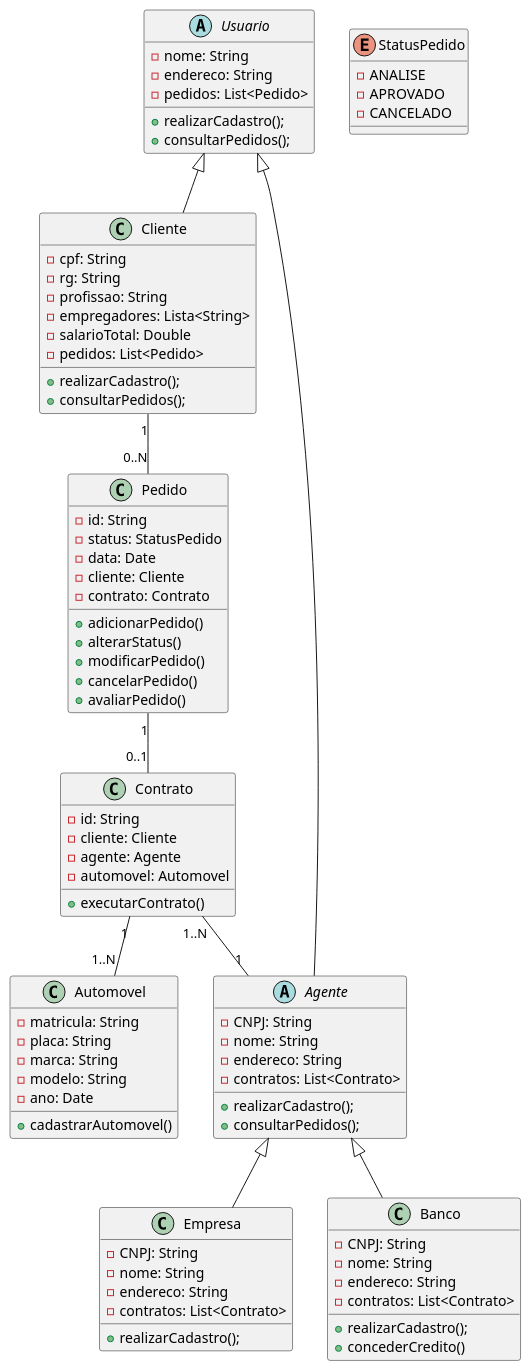
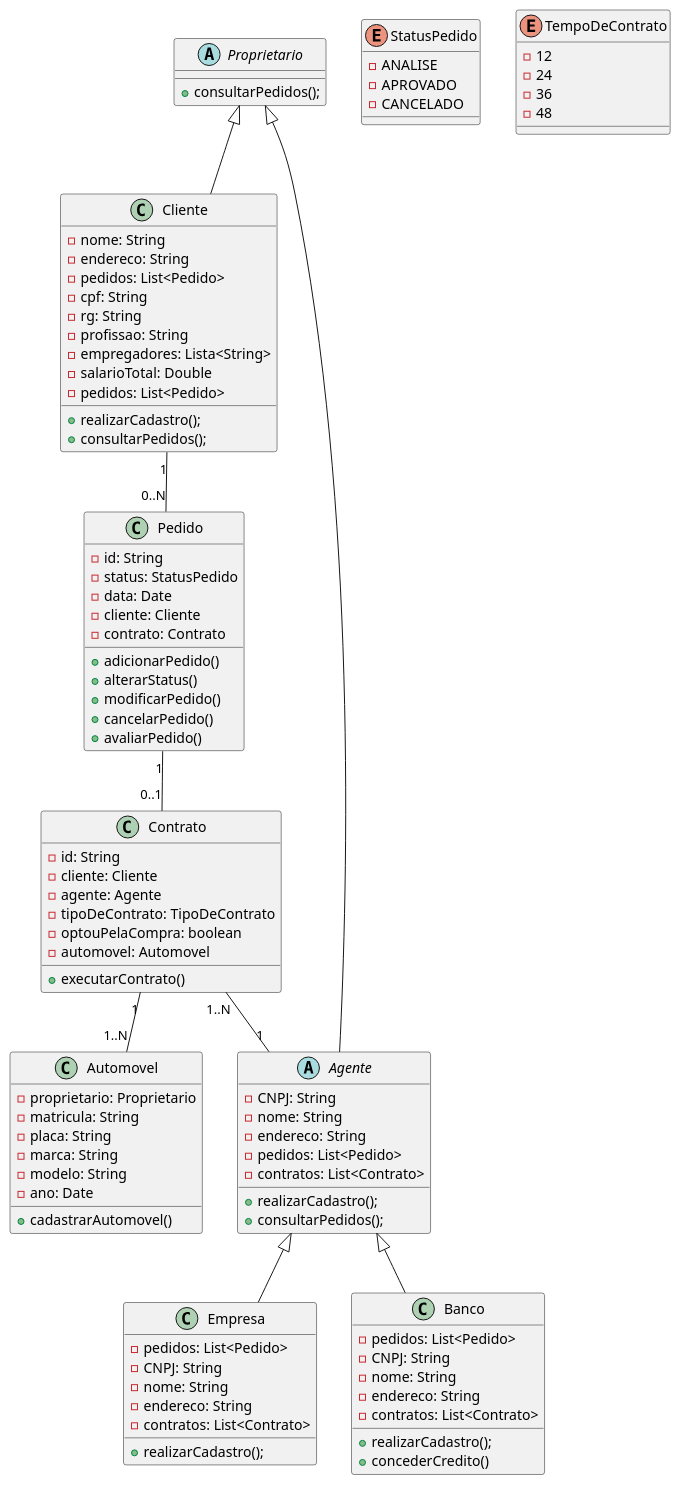
The diagram in project/code/classDiagram.puml (oarthurfc/LDS-2), drawn with PlantUML before and after one commit.

```diff
--- a/project/code/classDiagram.puml
+++ b/project/code/classDiagram.puml
@@ -1,101 +1,114 @@
 @startuml
-abstract Class Usuario {
+abstract Class Proprietario {
+  
+
+    +consultarPedidos();
+}
+
+Class Cliente extends Proprietario
+{   
     -nome: String
     -endereco: String
     -pedidos: List<Pedido>
-  
-    +realizarCadastro();
-    +consultarPedidos();
-}
-
-Class Cliente extends Usuario
-{
     -cpf: String
     -rg: String
     -profissao: String
     -empregadores: Lista<String>
     -salarioTotal: Double
     -pedidos: List<Pedido>
 
     +realizarCadastro();
     +consultarPedidos();
 }
 
-abstract Class Agente extends Usuario
+abstract Class Agente extends Proprietario
 {
     -CNPJ: String
     -nome: String
     -endereco: String
+    -pedidos: List<Pedido>
     -contratos: List<Contrato>
     
     +realizarCadastro();
     +consultarPedidos();
 }
 
 Class Empresa extends Agente
-{
+{   
+    -pedidos: List<Pedido>
     -CNPJ: String
     -nome: String
     -endereco: String
     -contratos: List<Contrato>
 
     +realizarCadastro();
 }
 
 Class Banco extends Agente
-{
+{   
+    -pedidos: List<Pedido>
     -CNPJ: String
     -nome: String
     -endereco: String
     -contratos: List<Contrato>
 
     +realizarCadastro();
     +concederCredito()
 }
 
 class Pedido 
 {
     -id: String
     -status: StatusPedido
     -data: Date
     -cliente: Cliente
     -contrato: Contrato
     
     +adicionarPedido()
     +alterarStatus()
     +modificarPedido()
     +cancelarPedido()
     +avaliarPedido()
 }
 
 Enum StatusPedido {
     -ANALISE
     -APROVADO
     -CANCELADO
 }
 
 Class Contrato 
 {
     -id: String
     -cliente: Cliente
     -agente: Agente
+    -tipoDeContrato: TipoDeContrato
+    -optouPelaCompra: boolean
     -automovel: Automovel
     +executarContrato()
 }
 
 Class Automovel
-{
+{   
+    -proprietario: Proprietario
     -matricula: String
     -placa: String
     -marca: String
     -modelo: String
     -ano: Date
     +cadastrarAutomovel()
 }
 
+Enum TempoDeContrato {
+    -12
+    -24
+    -36
+    -48
+}
+
 Cliente "1" -- "0..N" Pedido
 Pedido "1" -- "0..1" Contrato
 Contrato "1..N" -- "1" Agente
 Contrato "1" -- "1..N" Automovel
 
 @enduml
```
